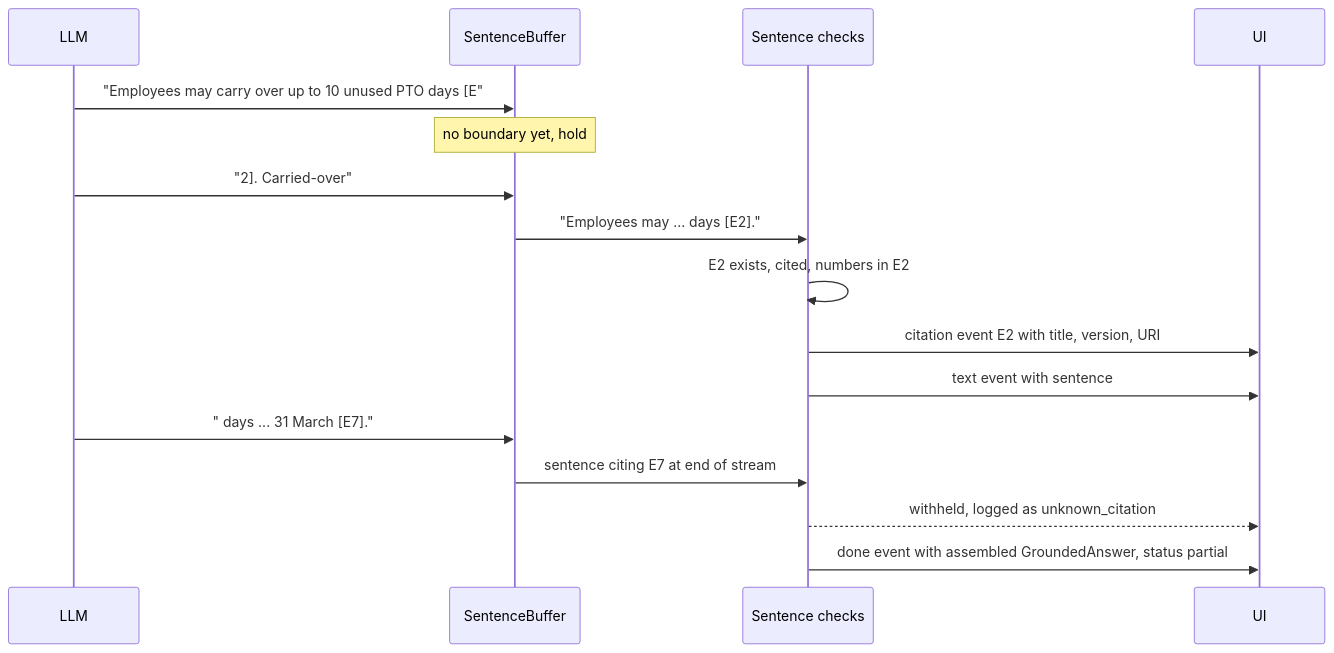
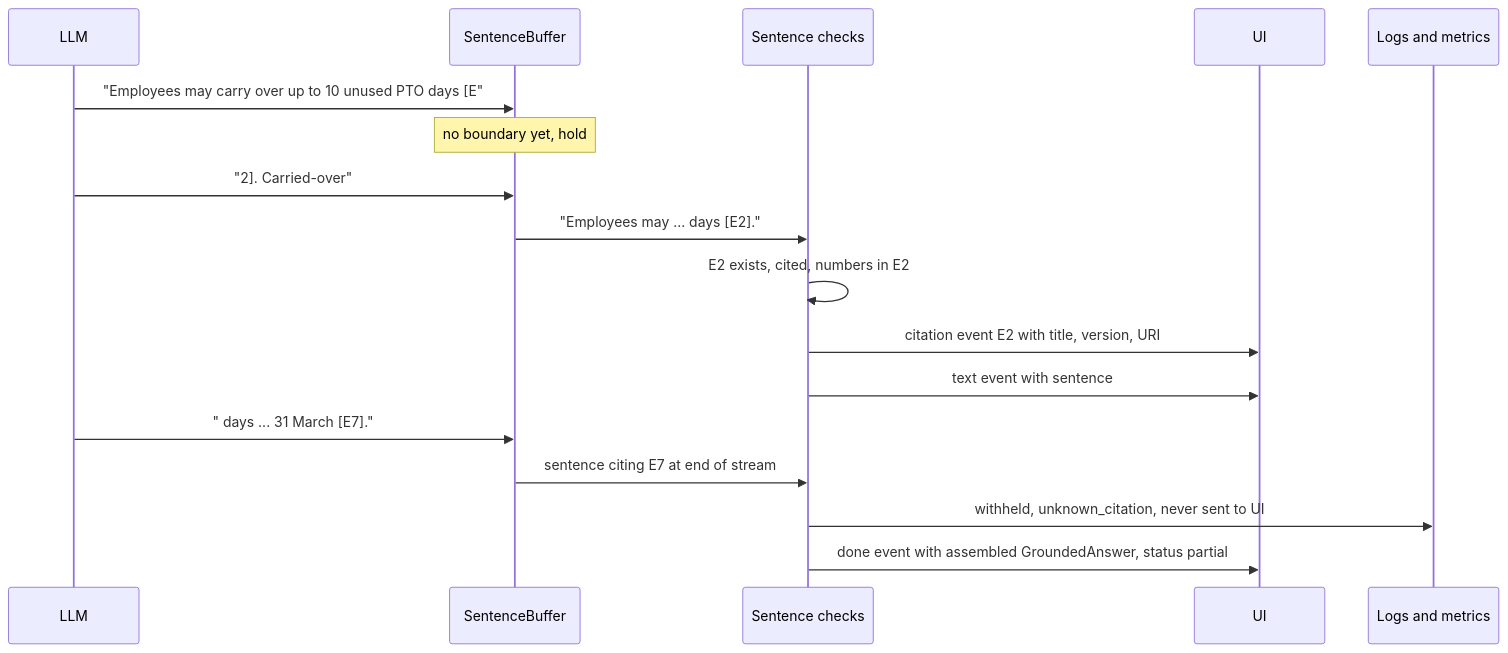
Before and after one commit to XayyamSadigov/ai-engineering-book: the third of 3 diagrams in book/chapters/13-grounded-generation-and-citations.md, drawn with Mermaid. The commit also changed other lines of this file, not shown here.

First line of the commit message:
Improve Chapter 13: goals opener, withheld sentences stay server-side, excerpts

````diff
--- a/book/chapters/13-grounded-generation-and-citations.md
+++ b/book/chapters/13-grounded-generation-and-citations.md
@@ -244,18 +254,19 @@
 ```mermaid
 sequenceDiagram
     participant LLM
     participant Buf as SentenceBuffer
     participant Chk as Sentence checks
     participant UI
+    participant Log as Logs and metrics
     LLM->>Buf: "Employees may carry over up to 10 unused PTO days [E"
     Note over Buf: no boundary yet, hold
     LLM->>Buf: "2]. Carried-over"
     Buf->>Chk: "Employees may ... days [E2]."
     Chk->>Chk: E2 exists, cited, numbers in E2
     Chk->>UI: citation event E2 with title, version, URI
     Chk->>UI: text event with sentence
     LLM->>Buf: " days ... 31 March [E7]."
     Buf->>Chk: sentence citing E7 at end of stream
-    Chk-->>UI: withheld, logged as unknown_citation
+    Chk->>Log: withheld, unknown_citation, never sent to UI
     Chk->>UI: done event with assembled GroundedAnswer, status partial
 ```
````
